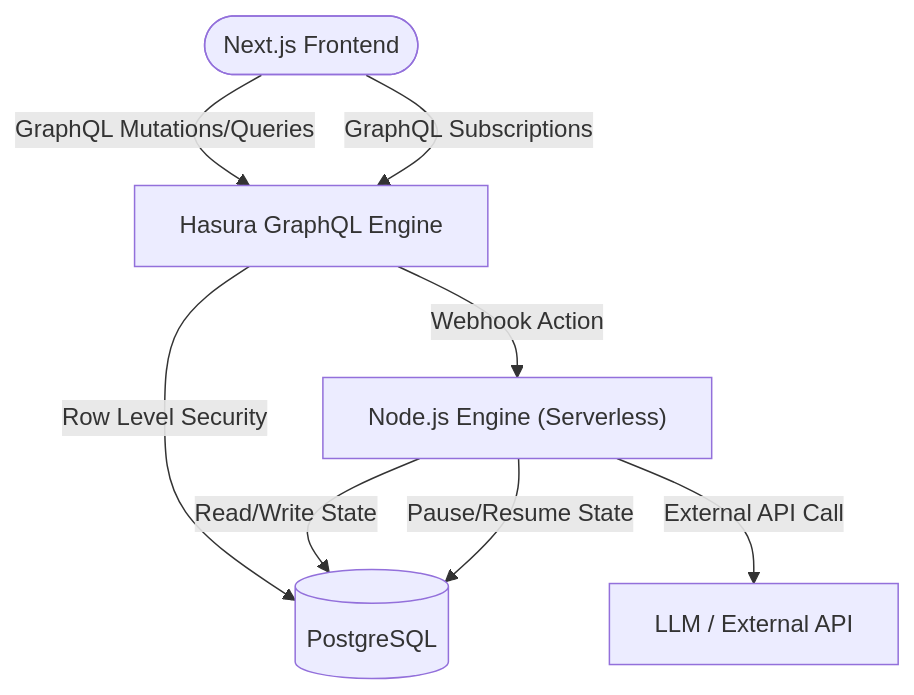
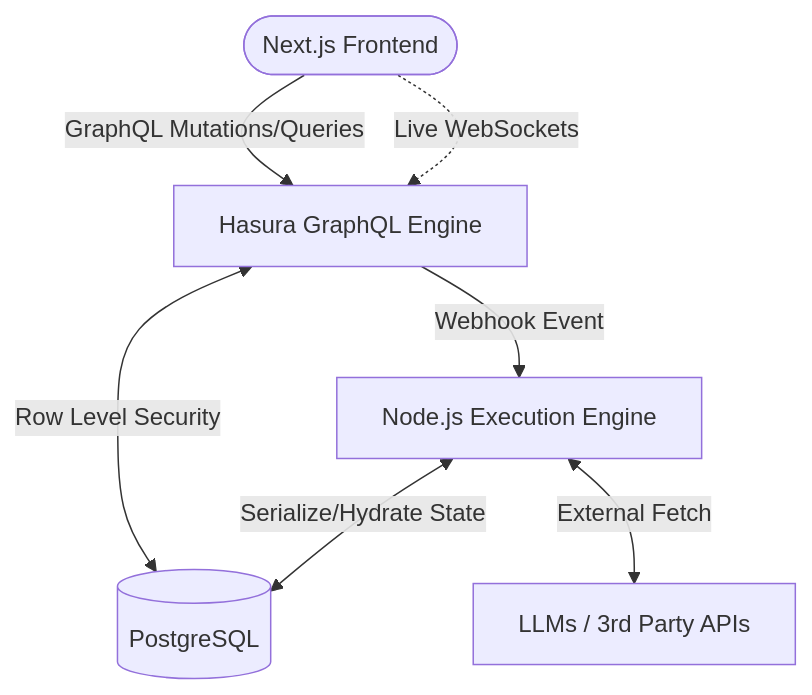
The diagram in README.md (Tornado07-D/AI-Agent-Workflow-Builder), drawn with Mermaid before and after one commit. The commit also changed other lines of this file, not shown here.

````diff
--- a/README.md
+++ b/README.md
@@ -49,10 +62,9 @@
 ```mermaid
 flowchart TD
     Client(["Next.js Frontend"]) -->|GraphQL Mutations/Queries| Hasura["Hasura GraphQL Engine"]
-    Client -->|GraphQL Subscriptions| Hasura
-    Hasura -->|Row Level Security| DB[("PostgreSQL")]
-    Hasura -->|Webhook Action| Function["Node.js Engine (Serverless)"]
-    Function -->|Read/Write State| DB
-    Function -->|Pause/Resume State| DB
-    Function -->|External API Call| LLM["LLM / External API"]
+    Client -.->|Live WebSockets| Hasura
+    Hasura <-->|Row Level Security| DB[(PostgreSQL)]
+    Hasura -->|Webhook Event| Engine["Node.js Execution Engine"]
+    Engine <-->|Serialize/Hydrate State| DB
+    Engine <-->|External Fetch| APIs["LLMs / 3rd Party APIs"]
 ```
````
